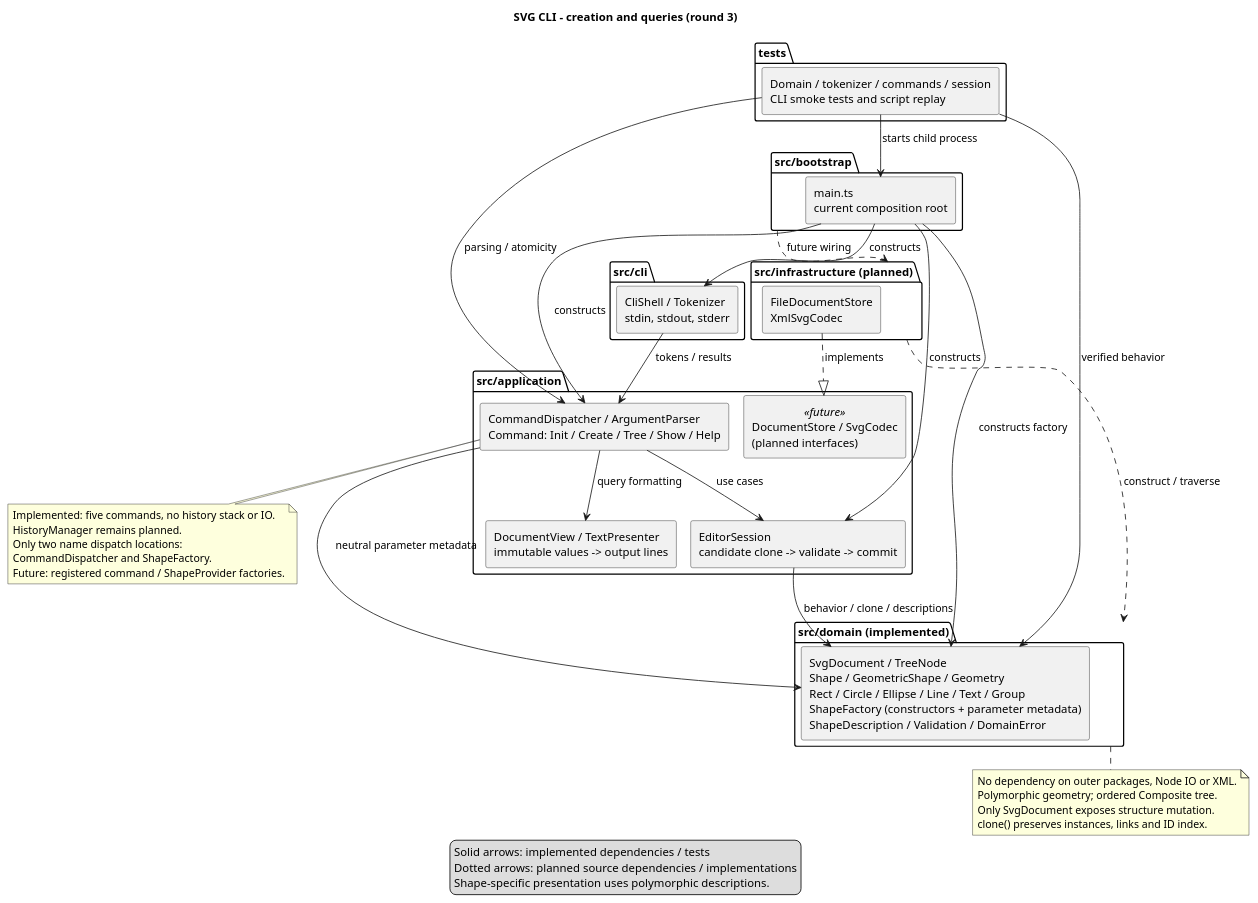
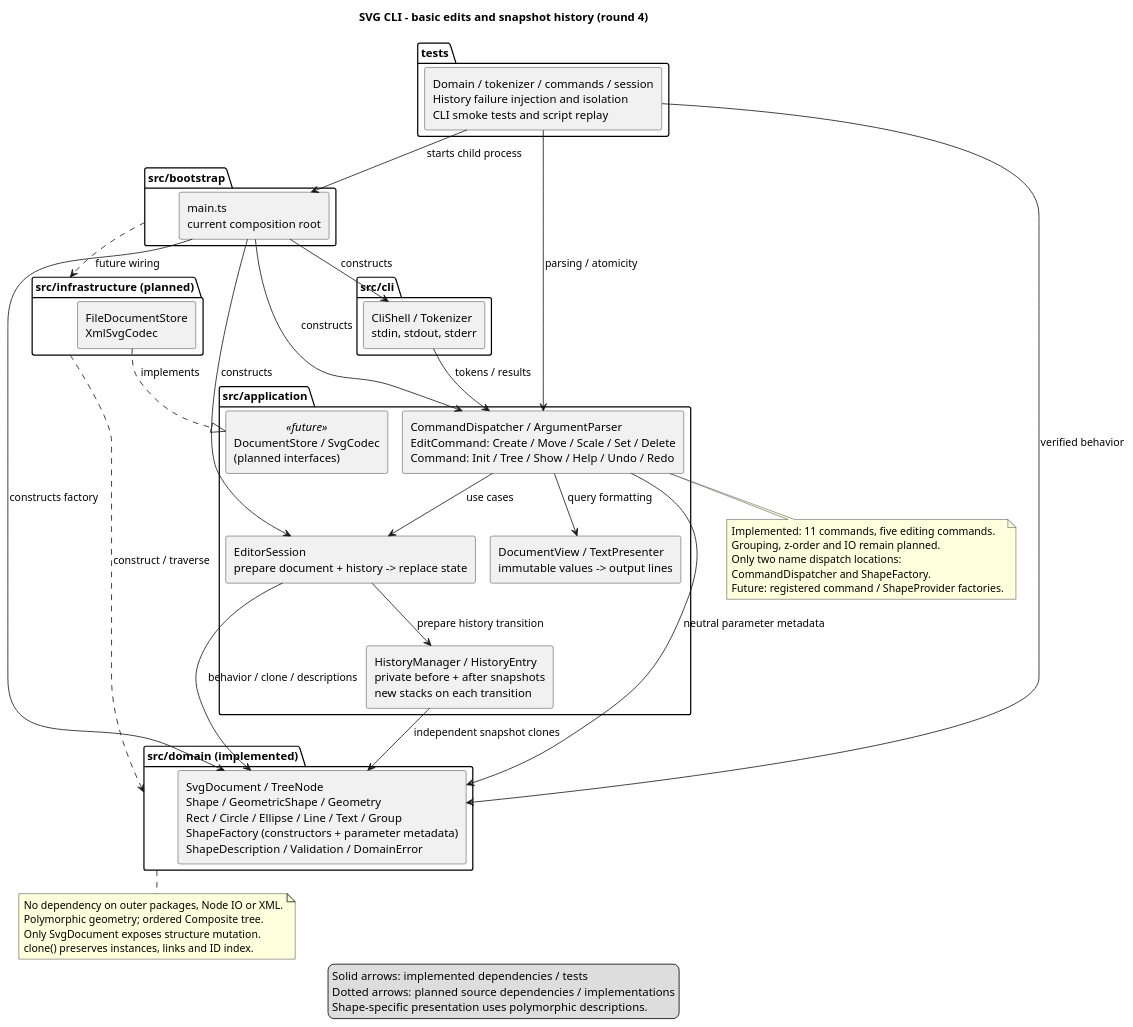
Before and after one commit to arcflute/svg-editor-cli: the diagram in doc/architecture.puml, drawn with PlantUML. The commit also changed 26 other files, not shown here.

Commit message:
feat: add atomic snapshot undo and redo for editing commands

```diff
--- a/doc/architecture.puml
+++ b/doc/architecture.puml
@@ -1,63 +1,66 @@
 @startuml
 !pragma layout smetana
-title SVG CLI - creation and queries (round 3)
+title SVG CLI - basic edits and snapshot history (round 4)
 skinparam componentStyle rectangle
 skinparam shadowing false
 
 package "src/bootstrap" as Bootstrap {
   component "main.ts\ncurrent composition root" as Main
 }
 package "src/cli" as CLI {
   component "CliShell / Tokenizer\nstdin, stdout, stderr" as Shell
 }
 package "src/application" as Application {
-  component "CommandDispatcher / ArgumentParser\nCommand: Init / Create / Tree / Show / Help" as Commands
-  component "EditorSession\ncandidate clone -> validate -> commit" as Session
+  component "CommandDispatcher / ArgumentParser\nEditCommand: Create / Move / Scale / Set / Delete\nCommand: Init / Tree / Show / Help / Undo / Redo" as Commands
+  component "EditorSession\nprepare document + history -> replace state" as Session
+  component "HistoryManager / HistoryEntry\nprivate before + after snapshots\nnew stacks on each transition" as History
   component "DocumentView / TextPresenter\nimmutable values -> output lines" as Presentation
   component "DocumentStore / SvgCodec\n(planned interfaces)" as Ports <<future>>
 }
 package "src/domain (implemented)" as Domain {
   component "SvgDocument / TreeNode\nShape / GeometricShape / Geometry\nRect / Circle / Ellipse / Line / Text / Group\nShapeFactory (constructors + parameter metadata)\nShapeDescription / Validation / DomainError" as Model
 }
 package "src/infrastructure (planned)" as Infrastructure {
   component "FileDocumentStore\nXmlSvgCodec" as Adapters
 }
 package "tests" as Tests {
-  component "Domain / tokenizer / commands / session\nCLI smoke tests and script replay" as Checks
+  component "Domain / tokenizer / commands / session\nHistory failure injection and isolation\nCLI smoke tests and script replay" as Checks
 }
 
 Main --> Shell : constructs
 Main --> Commands : constructs
 Main --> Session : constructs
 Main --> Model : constructs factory
 Bootstrap ..> Infrastructure : future wiring
 Shell --> Commands : tokens / results
 Commands --> Session : use cases
 Commands --> Presentation : query formatting
 Session --> Model : behavior / clone / descriptions
+Session --> History : prepare history transition
+History --> Model : independent snapshot clones
 Commands --> Model : neutral parameter metadata
 Adapters ..|> Ports : implements
 Infrastructure ..> Domain : construct / traverse
 Checks --> Model : verified behavior
 Checks --> Commands : parsing / atomicity
 Checks --> Main : starts child process
 
 note bottom of Domain
   No dependency on outer packages, Node IO or XML.
   Polymorphic geometry; ordered Composite tree.
   Only SvgDocument exposes structure mutation.
   clone() preserves instances, links and ID index.
 end note
 note bottom of Commands
-  Implemented: five commands, no history stack or IO.
-  HistoryManager remains planned.
+  Implemented: 11 commands, five editing commands.
+  Grouping, z-order and IO remain planned.
   Only two name dispatch locations:
   CommandDispatcher and ShapeFactory.
   Future: registered command / ShapeProvider factories.
 end note
 legend bottom
   Solid arrows: implemented dependencies / tests
   Dotted arrows: planned source dependencies / implementations
   Shape-specific presentation uses polymorphic descriptions.
 endlegend
 @enduml
```
